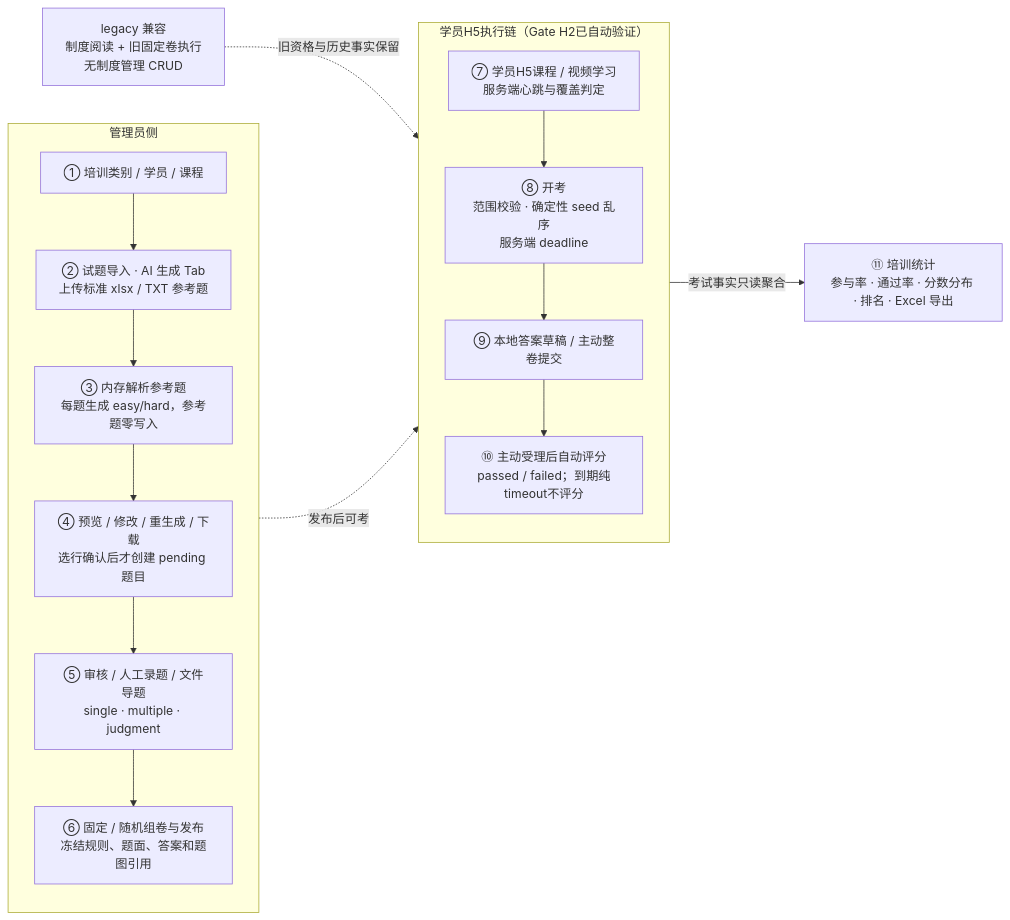
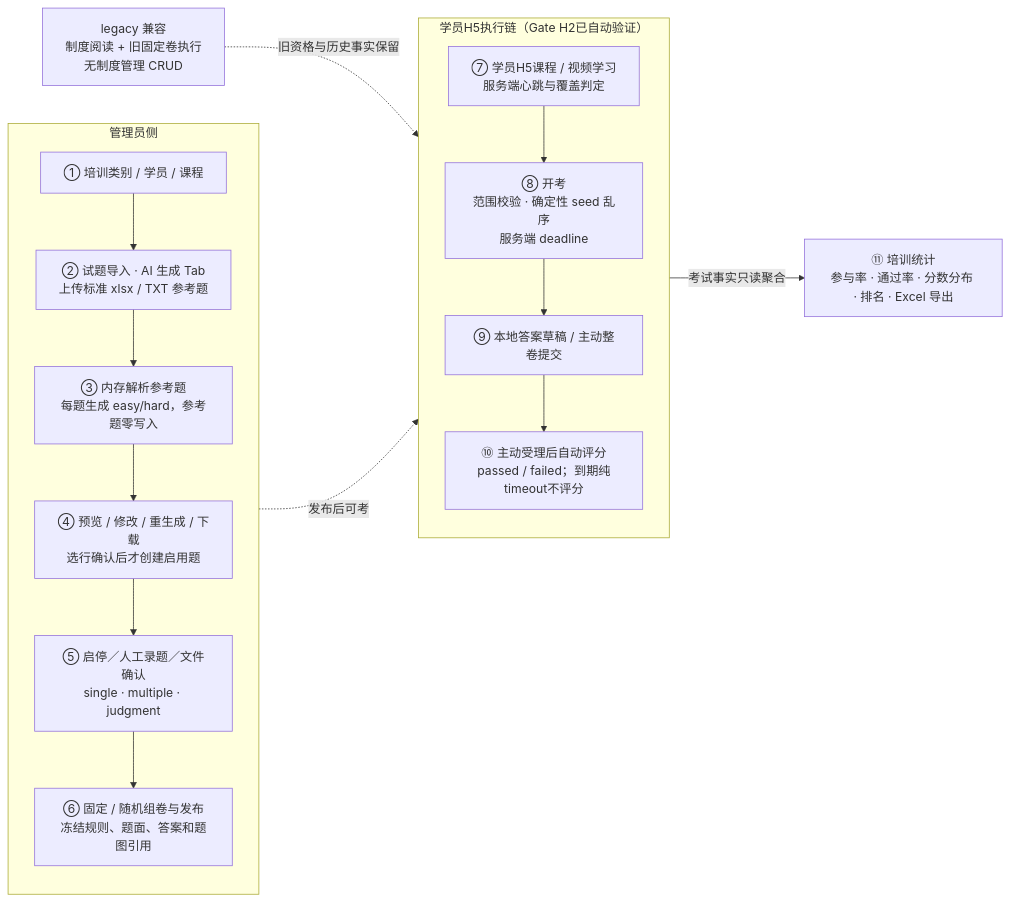
One commit to caoguanjie/emodor-exam changed the first of 21 diagrams in docs/design/06-关键流程.md. Above: the diagram before and after it, drawn with Mermaid. The commit also changed other lines of this file and 95 other files, not shown here.

````diff
--- a/docs/design/06-关键流程.md
+++ b/docs/design/06-关键流程.md
@@ -33,29 +33,29 @@
 ```mermaid
 flowchart LR
     subgraph LANE_A["管理员侧"]
         direction TB
         A0["① 培训类别 / 学员 / 课程"]
         A1["② 试题导入 · AI 生成 Tab<br/>上传标准 xlsx / TXT 参考题"]
         A2["③ 内存解析参考题<br/>每题生成 easy/hard，参考题零写入"]
-        A3["④ 预览 / 修改 / 重生成 / 下载<br/>选行确认后才创建 pending 题目"]
-        A4["⑤ 审核 / 人工录题 / 文件导题<br/>single · multiple · judgment"]
+        A3["④ 预览 / 修改 / 重生成 / 下载<br/>选行确认后才创建启用题"]
+        A4["⑤ 启停／人工录题／文件确认<br/>single · multiple · judgment"]
         A5["⑥ 固定 / 随机组卷与发布<br/>冻结规则、题面、答案和题图引用"]
         A0 --> A1 --> A2 --> A3 --> A4 --> A5
     end
 
     subgraph LANE_E["学员H5执行链（Gate H2已自动验证）"]
         direction TB
         E1["⑦ 学员H5课程 / 视频学习<br/>服务端心跳与覆盖判定"]
         E2["⑧ 开考<br/>范围校验 · 确定性 seed 乱序<br/>服务端 deadline"]
         E3["⑨ 本地答案草稿 / 主动整卷提交"]
         E4["⑩ 主动受理后自动评分<br/>passed / failed；到期纯timeout不评分"]
         E1 --> E2 --> E3 --> E4
     end
 
     S["⑪ 培训统计<br/>参与率 · 通过率 · 分数分布 · 排名 · Excel 导出"]
     L["legacy 兼容<br/>制度阅读 + 旧固定卷执行<br/>无制度管理 CRUD"]
 
     A5 -.->|"发布后可考"| E2
     E4 -->|"考试事实只读聚合"| S
     L -.->|"旧资格与历史事实保留"| E2
 ```
````
